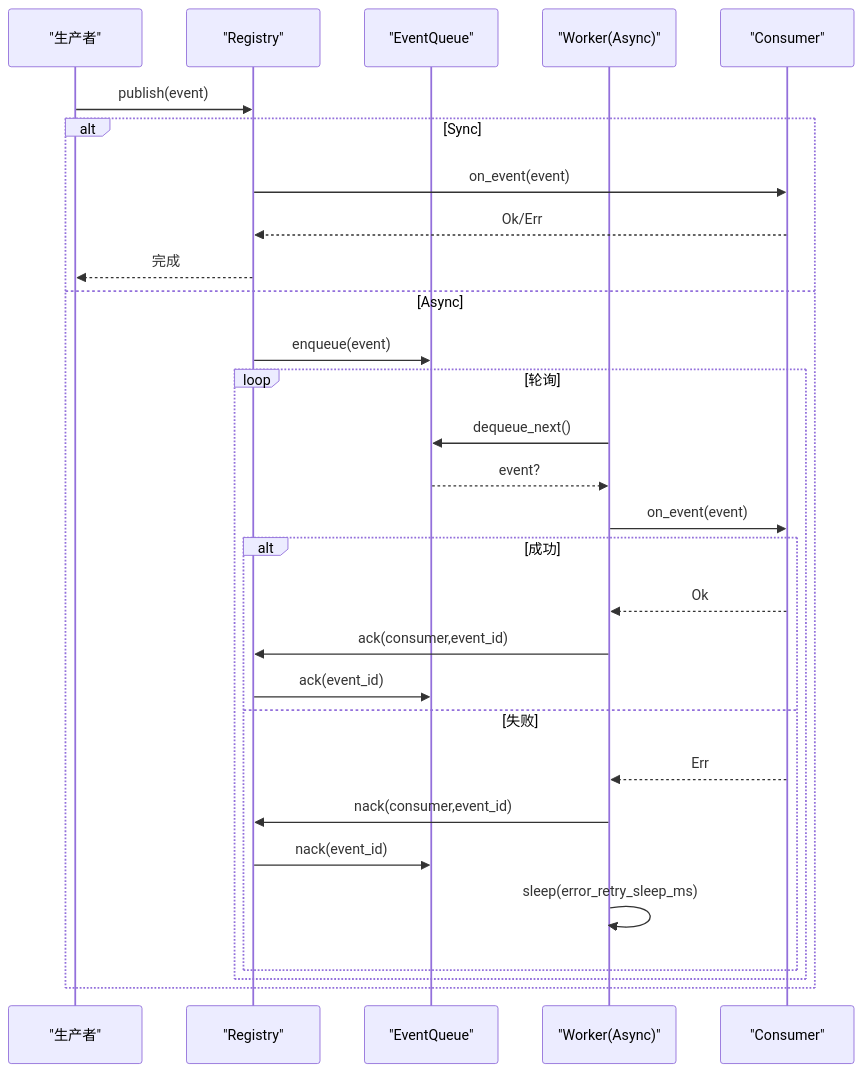
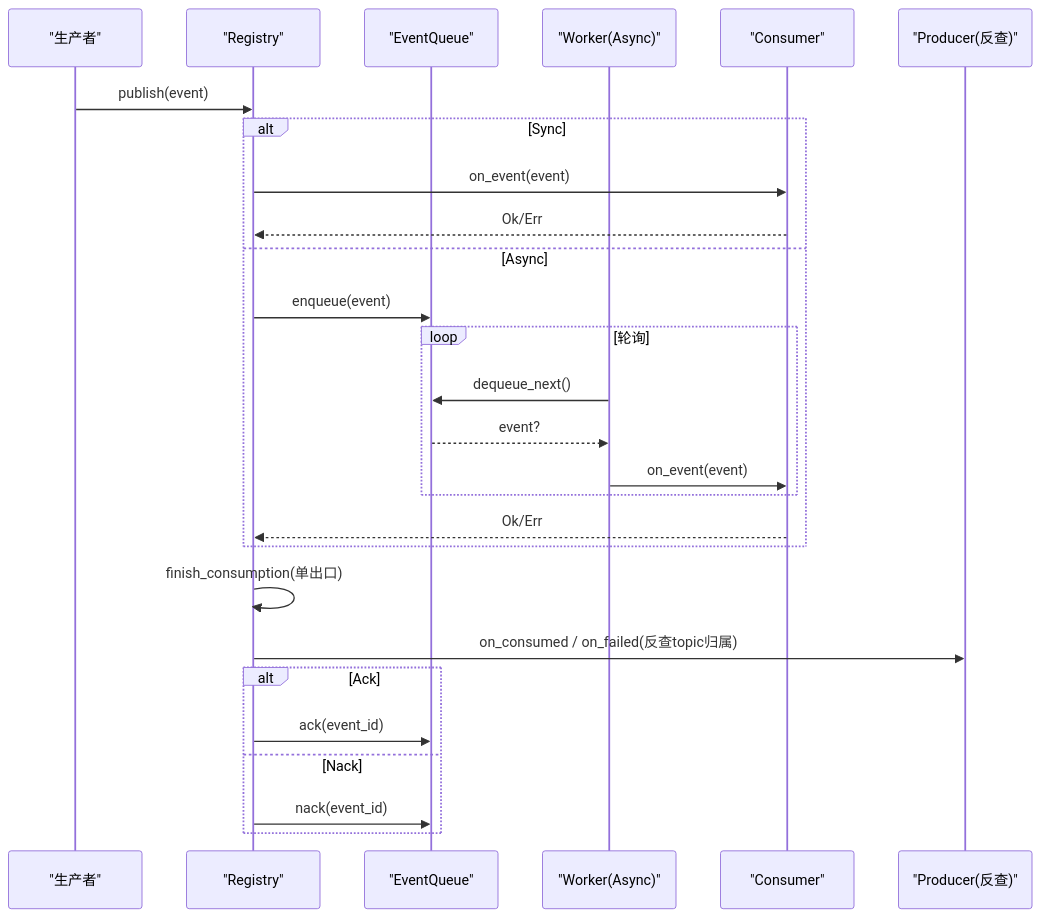
Before and after one commit to runningcoders/ai_orz: the second of 5 diagrams in docs/wiki/zh/content/核心模块/AOP 事件系统/消费者框架/消费者接口规范.md, drawn with Mermaid. The commit also changed other lines of this file and 37 other files, not shown here.

````diff
--- a/docs/wiki/zh/content/核心模块/AOP 事件系统/消费者框架/消费者接口规范.md
+++ b/docs/wiki/zh/content/核心模块/AOP 事件系统/消费者框架/消费者接口规范.md
@@ -118,31 +137,29 @@
 ```mermaid
 sequenceDiagram
 participant P as "生产者"
 participant R as "Registry"
 participant Q as "EventQueue"
 participant W as "Worker(Async)"
 participant C as "Consumer"
+participant Pr as "Producer(反查)"
 P->>R : publish(event)
 alt Sync
 R->>C : on_event(event)
 C-->>R : Ok/Err
-R-->>P : 完成
 else Async
 R->>Q : enqueue(event)
 loop 轮询
 W->>Q : dequeue_next()
 Q-->>W : event?
 W->>C : on_event(event)
-alt 成功
-C-->>W : Ok
-W->>R : ack(consumer,event_id)
+end
+C-->>R : Ok/Err
+end
+R->>R : finish_consumption(单出口)
+R->>Pr : on_consumed / on_failed(反查topic归属)
+alt Ack
 R->>Q : ack(event_id)
-else 失败
-C-->>W : Err
-W->>R : nack(consumer,event_id)
+else Nack
 R->>Q : nack(event_id)
-W->>W : sleep(error_retry_sleep_ms)
-end
-end
 end
 ```
````
